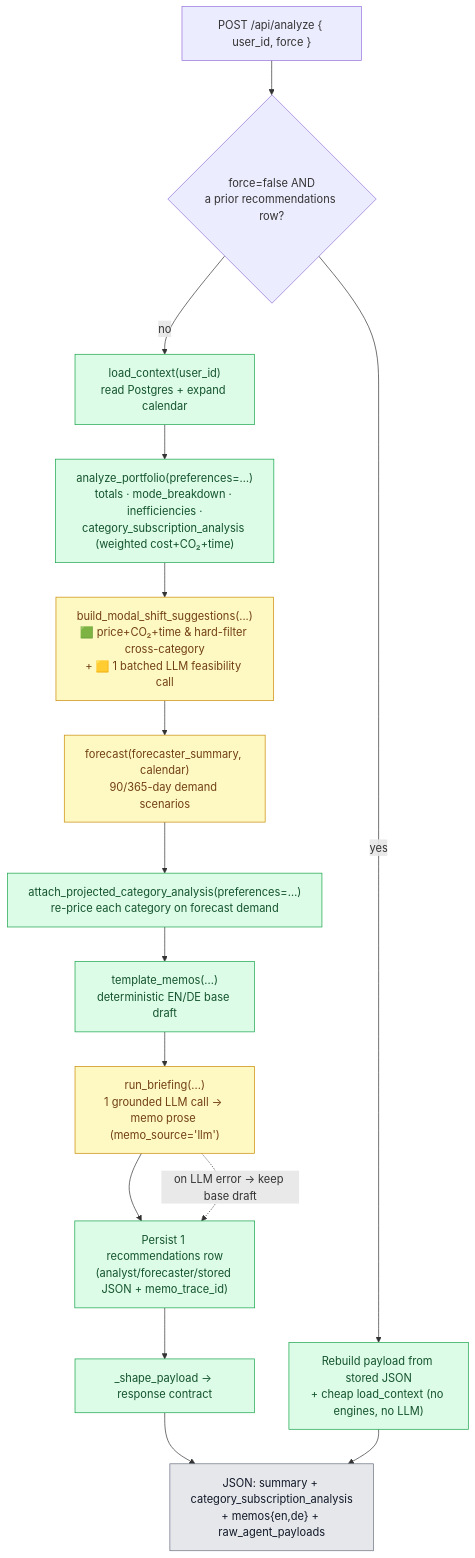
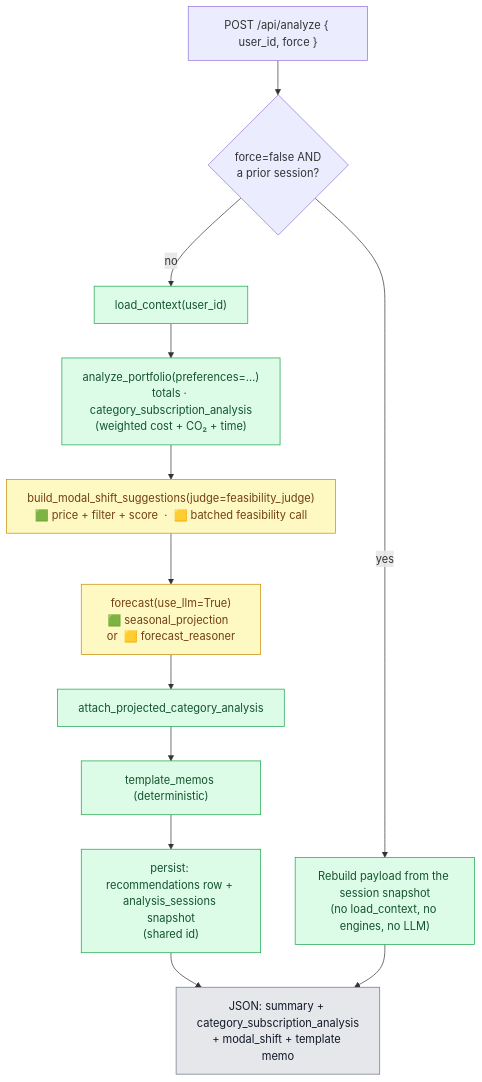
The third of 13 diagrams in DELIVERABLES/BACKEND_ARCHITECTURE_REPORT.md (tjorgeo/AIIM_DB_mobility_advisior), drawn with Mermaid before and after one commit. The commit also changed other lines of this file and 2 other files, not shown here.

First line of the commit message:
Refactor test mode factors to dynamically locate gen_personas.py

````diff
--- a/DELIVERABLES/BACKEND_ARCHITECTURE_REPORT.md
+++ b/DELIVERABLES/BACKEND_ARCHITECTURE_REPORT.md
@@ -165,25 +151,21 @@
 ```mermaid
 flowchart TD
-    START["POST /api/analyze { user_id, force }"] --> CACHE{"force=false AND<br/>a prior recommendations row?"}
-    CACHE -->|yes| SERVE["Rebuild payload from stored JSON<br/>+ cheap load_context (no engines, no LLM)"]
-    CACHE -->|no| LC["load_context(user_id)<br/>read Postgres + expand calendar"]
-
-    LC --> AZ["analyze_portfolio(preferences=…)<br/>totals · mode_breakdown · inefficiencies ·<br/>category_subscription_analysis (weighted cost+CO₂+time)"]
-    AZ --> MSHIFT["build_modal_shift_suggestions(...)<br/>🟩 price+CO₂+time & hard-filter cross-category<br/>+ 🟨 1 batched LLM feasibility call"]
-    MSHIFT --> FC["forecast(forecaster_summary, calendar)<br/>90/365-day demand scenarios"]
-    FC --> PROJ["attach_projected_category_analysis(preferences=…)<br/>re-price each category on forecast demand"]
-    PROJ --> TMEMO["template_memos(...)<br/>deterministic EN/DE base draft"]
-    TMEMO --> BRIEF["run_briefing(...)<br/>1 grounded LLM call → memo prose (memo_source='llm')"]
-    BRIEF --> PERSIST["Persist 1 recommendations row<br/>(analyst/forecaster/stored JSON + memo_trace_id)"]
-    BRIEF -.->|on LLM error → keep base draft| PERSIST
-    PERSIST --> SHAPE["_shape_payload → response contract"]
-    SHAPE --> OUT["JSON: summary + category_subscription_analysis<br/>+ memos{en,de} + raw_agent_payloads"]
+    START["POST /api/analyze { user_id, force }"] --> CACHE{"force=false AND<br/>a prior session?"}
+    CACHE -->|yes| SERVE["Rebuild payload from the session snapshot<br/>(no load_context, no engines, no LLM)"]
+    CACHE -->|no| LC["load_context(user_id)"]
+    LC --> AZ["analyze_portfolio(preferences=…)<br/>totals · category_subscription_analysis<br/>(weighted cost + CO₂ + time)"]
+    AZ --> MS["build_modal_shift_suggestions(judge=feasibility_judge)<br/>🟩 price + filter + score  ·  🟨 batched feasibility call"]
+    MS --> FC["forecast(use_llm=True)<br/>🟩 seasonal_projection  or  🟨 forecast_reasoner"]
+    FC --> PROJ["attach_projected_category_analysis"]
+    PROJ --> TM["template_memos (deterministic)"]
+    TM --> PERSIST["persist: recommendations row + analysis_sessions snapshot<br/>(shared id)"]
+    PERSIST --> OUT["JSON: summary + category_subscription_analysis<br/>+ modal_shift + template memo"]
     SERVE --> OUT
 
     classDef det fill:#dcfce7,stroke:#16a34a,color:#14532d;
     classDef llm fill:#fef9c3,stroke:#ca8a04,color:#713f12;
     classDef store fill:#e5e7eb,stroke:#6b7280,color:#111827;
-    class LC,AZ,PROJ,TMEMO,PERSIST,SHAPE,SERVE det;
-    class FC,MSHIFT,BRIEF llm;
+    class LC,AZ,PROJ,TM,PERSIST,SERVE det;
+    class MS,FC llm;
     class OUT store;
 ```
````
